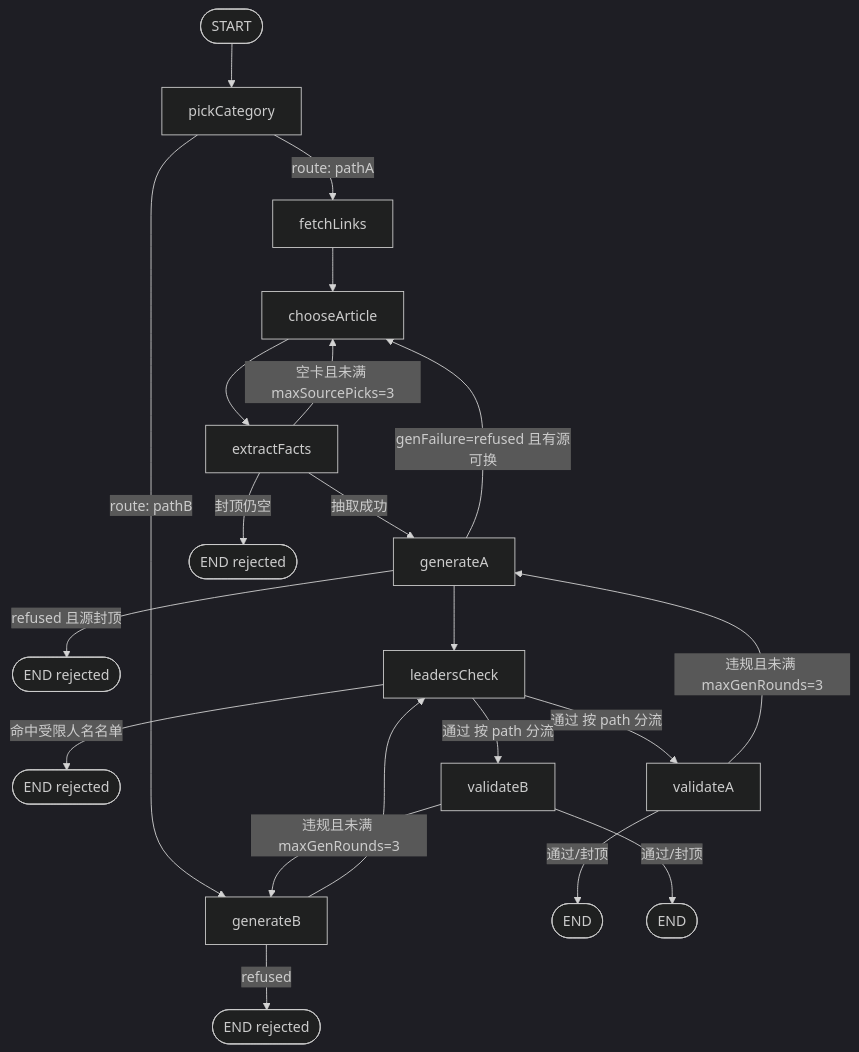
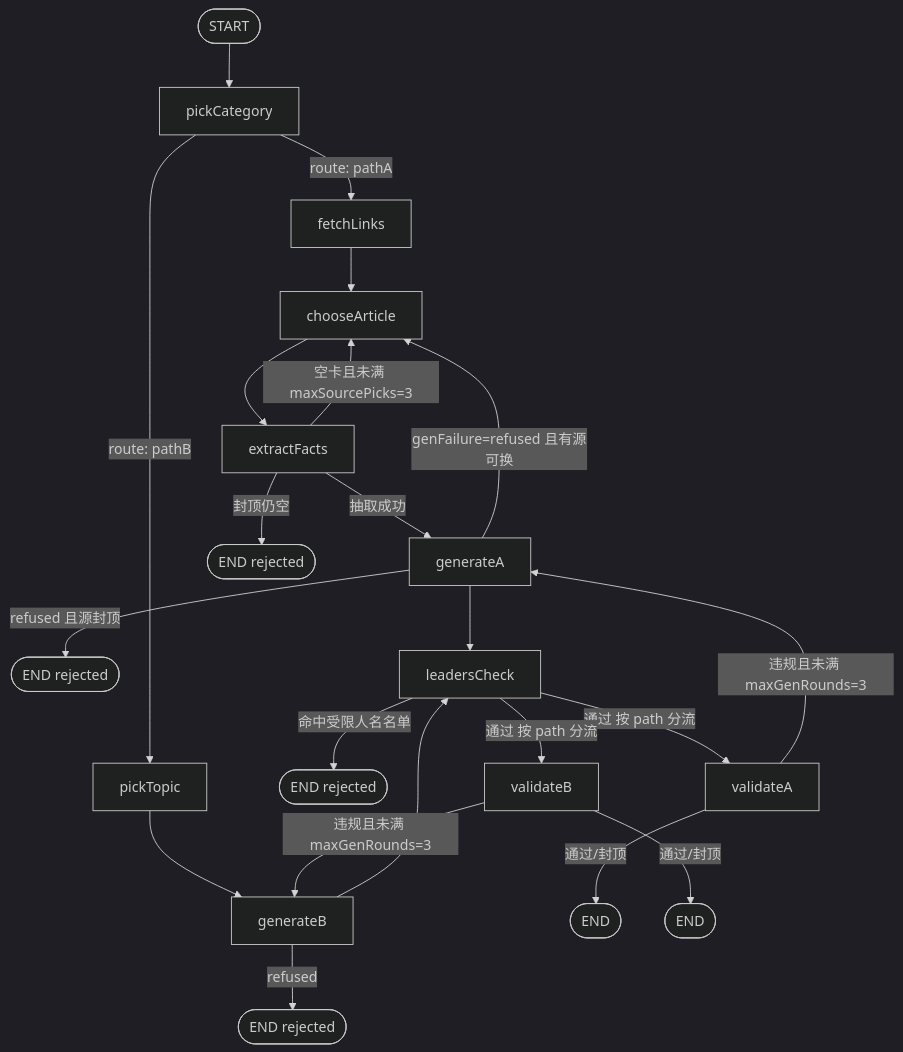
One commit to kindywu/contexta changed the second of 4 diagrams in impl/server/docs/architecture.md. Above: the diagram before and after it, drawn with Mermaid (dark theme). The commit also changed other lines of this file and 13 other files, not shown here.

````diff
--- a/impl/server/docs/architecture.md
+++ b/impl/server/docs/architecture.md
@@ -139,23 +139,24 @@
 ```mermaid
 flowchart TD
     S([START]) --> pickCategory
     pickCategory -->|route: pathA| fetchLinks
-    pickCategory -->|route: pathB| generateB
+    pickCategory -->|route: pathB| pickTopic
+    pickTopic --> generateB
     fetchLinks --> chooseArticle
     chooseArticle --> extractFacts
     extractFacts -->|空卡且未满 maxSourcePicks=3| chooseArticle
     extractFacts -->|抽取成功| generateA
     extractFacts -->|封顶仍空| E4([END rejected])
     generateA -->|genFailure=refused 且有源可换| chooseArticle
     generateA -->|refused 且源封顶| E5([END rejected])
     generateB -->|refused| E6([END rejected])
     generateA --> leadersCheck
     generateB --> leadersCheck
     leadersCheck -->|命中受限人名名单| E7([END rejected])
     leadersCheck -->|通过 按 path 分流| validateA
     leadersCheck -->|通过 按 path 分流| validateB
     validateA -->|违规且未满 maxGenRounds=3| generateA
     validateB -->|违规且未满 maxGenRounds=3| generateB
     validateA -->|通过/封顶| E1([END])
     validateB -->|通过/封顶| E2([END])
 ```
````
